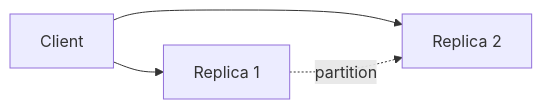
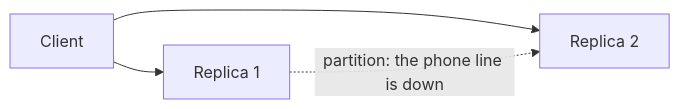
The first of 3 diagrams in content/lessons/cap-theorem.mdx (veeresh-bikkaneti/system-design-and-architecture), drawn with Mermaid before and after one commit. The commit also changed other lines of this file and 3 other files, not shown here.

````diff
--- a/content/lessons/cap-theorem.mdx
+++ b/content/lessons/cap-theorem.mdx
@@ -43,6 +38,6 @@
 ```mermaid
 flowchart LR
     C[Client] --> R1[Replica 1]
     C --> R2[Replica 2]
-    R1 -. "partition" .-> R2
+    R1 -. "partition: the phone line is down" .-> R2
 ```
````
